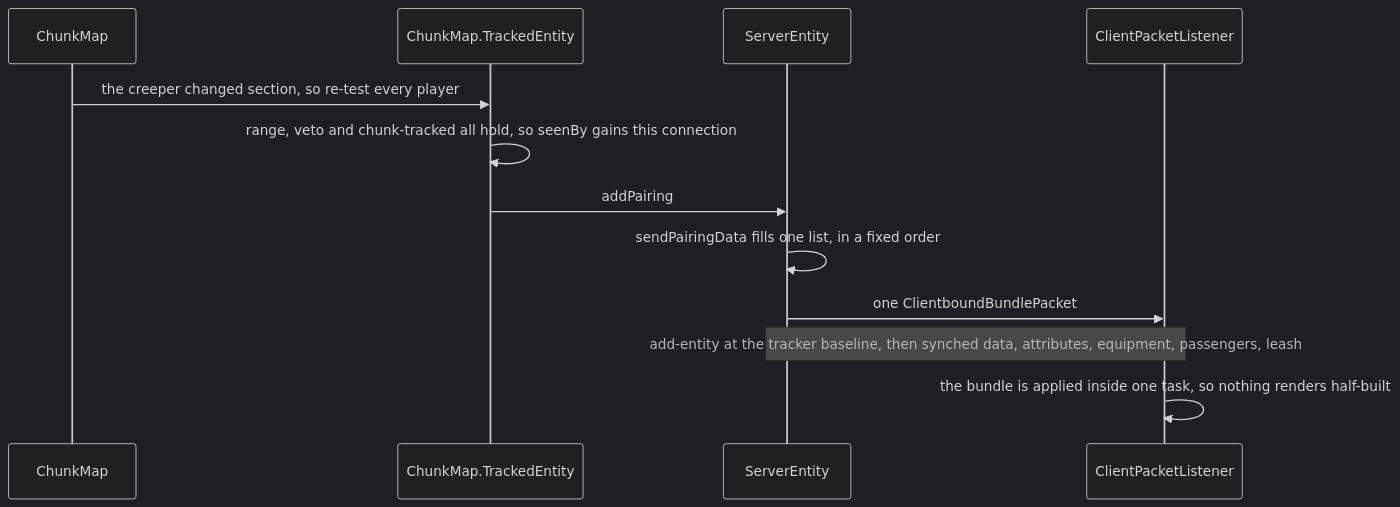
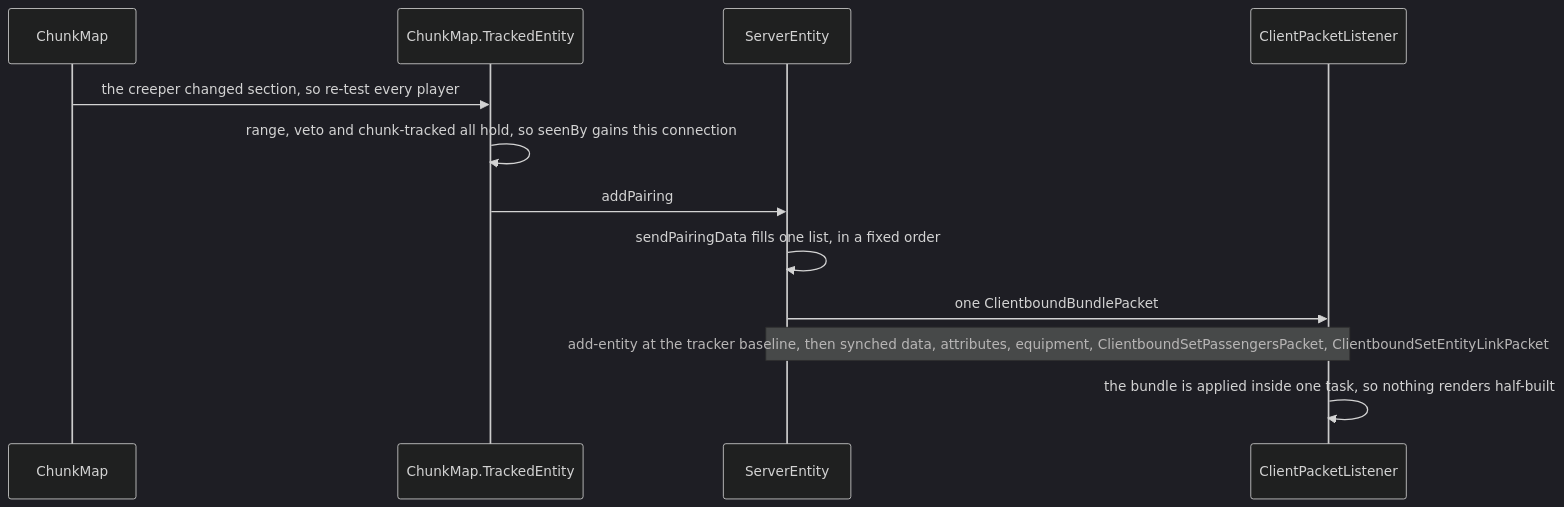
One commit to AlexanderjFraser/MinecraftDocs changed the second of 2 diagrams in src/systems/networking/what-the-client-is-told.md. Above: the diagram before and after it, drawn with Mermaid (dark theme). The commit also changed other lines of this file and 25 other files, not shown here.

````diff
--- a/src/systems/networking/what-the-client-is-told.md
+++ b/src/systems/networking/what-the-client-is-told.md
@@ -110,15 +112,15 @@
 ```mermaid
 sequenceDiagram
     participant CM as ChunkMap
     participant CMTE as ChunkMap.TrackedEntity
     participant SE as ServerEntity
     participant CPL as ClientPacketListener
 
     CM->>CMTE: the creeper changed section, so re-test every player
     CMTE->>CMTE: range, veto and chunk-tracked all hold, so seenBy gains this connection
     CMTE->>SE: addPairing
     SE->>SE: sendPairingData fills one list, in a fixed order
     SE->>CPL: one ClientboundBundlePacket
-    Note over SE,CPL: add-entity at the tracker baseline, then synched data, attributes, equipment, passengers, leash
+    Note over SE,CPL: add-entity at the tracker baseline, then synched data, attributes, equipment, ClientboundSetPassengersPacket, ClientboundSetEntityLinkPacket
     CPL->>CPL: the bundle is applied inside one task, so nothing renders half-built
 ```
````
